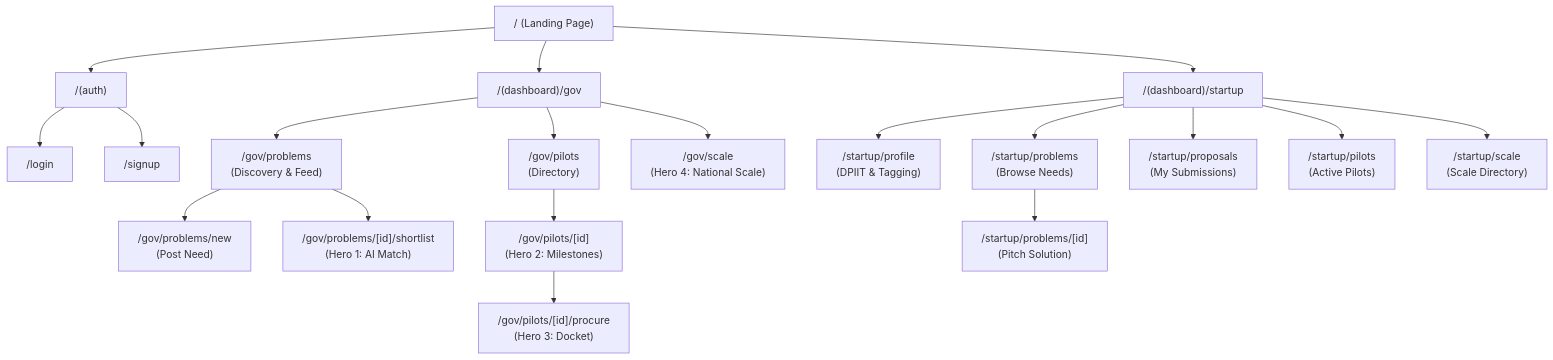
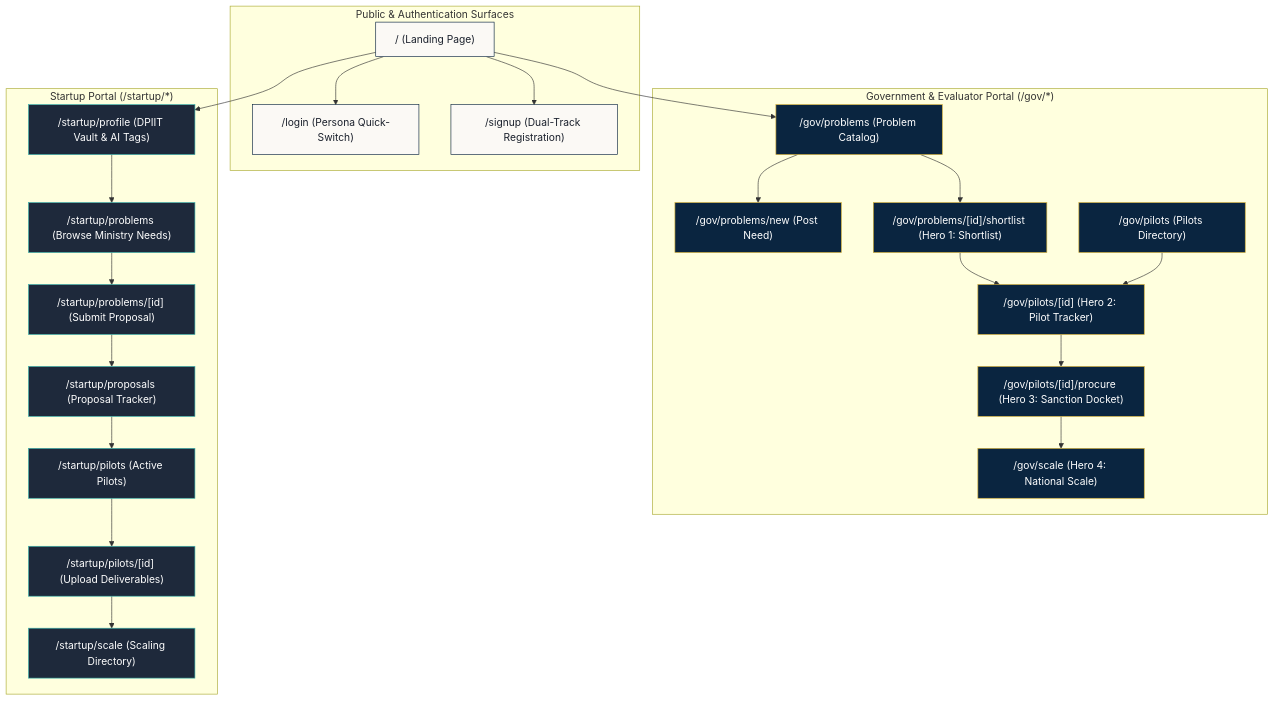
One commit to niladribh24/sih26136-procurement changed the diagram in frontend/README.md. Above: the diagram before and after it, drawn with Mermaid. The commit also changed other lines of this file and 1 other file, not shown here.

Commit message:
docs: add root README and refine frontend README demarcation

````diff
--- a/frontend/README.md
+++ b/frontend/README.md
@@ -40,28 +31,51 @@
 ```mermaid
 graph TD
-    Root["/ (Landing Page)"]
-    Auth["/(auth)"]
-    Gov["/(dashboard)/gov"]
-    Startup["/(dashboard)/startup"]
+    classDef pub fill:#FBF9F5,stroke:#0A2540,stroke-width:1px,color:#1A202C;
+    classDef gov fill:#0A2540,stroke:#D4AF37,stroke-width:1px,color:#FFFFFF;
+    classDef startup fill:#1E293B,stroke:#38B2AC,stroke-width:1px,color:#FFFFFF;
 
-    Root --> Auth
-    Auth --> Login["/login"]
-    Auth --> Signup["/signup"]
+    subgraph PublicRoutes ["Public & Authentication Surfaces"]
+        Root["/ (Landing Page)"]:::pub
+        Login["/login (Persona Quick-Switch)"]:::pub
+        Signup["/signup (Dual-Track Registration)"]:::pub
+    end
 
-    Root --> Gov
-    Gov --> GovProb["/gov/problems<br/>(Discovery & Feed)"]
-    GovProb --> GovNewProb["/gov/problems/new<br/>(Post Need)"]
-    GovProb --> GovShortlist["/gov/problems/[id]/shortlist<br/>(Hero 1: AI Match)"]
-    Gov --> GovPilots["/gov/pilots<br/>(Directory)"]
-    GovPilots --> GovPilotDetail["/gov/pilots/[id]<br/>(Hero 2: Milestones)"]
-    GovPilotDetail --> GovProcure["/gov/pilots/[id]/procure<br/>(Hero 3: Docket)"]
-    Gov --> GovScale["/gov/scale<br/>(Hero 4: National Scale)"]
+    subgraph GovRoutes ["Government & Evaluator Portal (/gov/*)"]
+        GovProb["/gov/problems (Problem Catalog)"]:::gov
+        GovNewProb["/gov/problems/new (Post Need)"]:::gov
+        GovShortlist["/gov/problems/[id]/shortlist (Hero 1: Shortlist)"]:::gov
+        GovPilots["/gov/pilots (Pilots Directory)"]:::gov
+        GovPilotDetail["/gov/pilots/[id] (Hero 2: Pilot Tracker)"]:::gov
+        GovProcure["/gov/pilots/[id]/procure (Hero 3: Sanction Docket)"]:::gov
+        GovScale["/gov/scale (Hero 4: National Scale)"]:::gov
+    end
 
-    Root --> Startup
-    Startup --> StartupProfile["/startup/profile<br/>(DPIIT & Tagging)"]
-    Startup --> StartupProb["/startup/problems<br/>(Browse Needs)"]
-    StartupProb --> StartupSubmit["/startup/problems/[id]<br/>(Pitch Solution)"]
-    Startup --> StartupProposals["/startup/proposals<br/>(My Submissions)"]
-    Startup --> StartupPilots["/startup/pilots<br/>(Active Pilots)"]
-    Startup --> StartupScale["/startup/scale<br/>(Scale Directory)"]
+    subgraph StartupRoutes ["Startup Portal (/startup/*)"]
+        StartupProfile["/startup/profile (DPIIT Vault & AI Tags)"]:::startup
+        StartupProb["/startup/problems (Browse Ministry Needs)"]:::startup
+        StartupSubmit["/startup/problems/[id] (Submit Proposal)"]:::startup
+        StartupProposals["/startup/proposals (Proposal Tracker)"]:::startup
+        StartupPilots["/startup/pilots (Active Pilots)"]:::startup
+        StartupPilotDetail["/startup/pilots/[id] (Upload Deliverables)"]:::startup
+        StartupScale["/startup/scale (Scaling Directory)"]:::startup
+    end
+
+    Root --> Login
+    Root --> Signup
+    Root --> GovProb
+    Root --> StartupProfile
+
+    GovProb --> GovNewProb
+    GovProb --> GovShortlist
+    GovShortlist --> GovPilotDetail
+    GovPilots --> GovPilotDetail
+    GovPilotDetail --> GovProcure
+    GovProcure --> GovScale
+
+    StartupProfile --> StartupProb
+    StartupProb --> StartupSubmit
+    StartupSubmit --> StartupProposals
+    StartupProposals --> StartupPilots
+    StartupPilots --> StartupPilotDetail
+    StartupPilotDetail --> StartupScale
 ```
````
